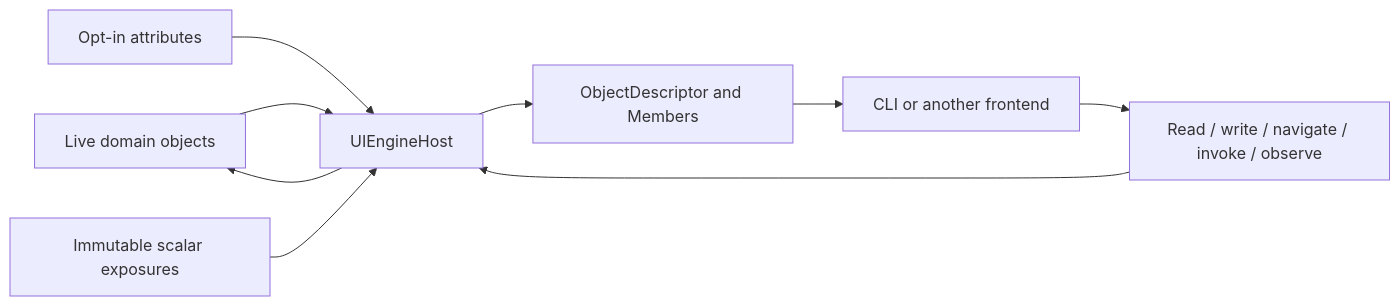
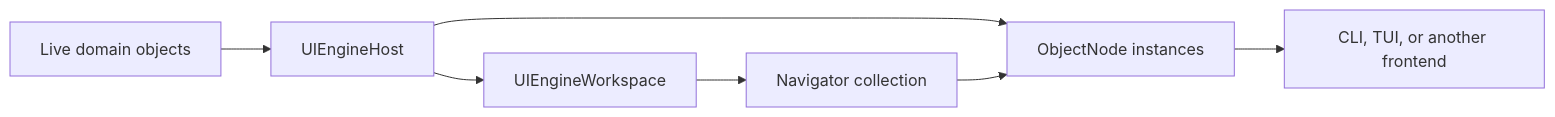
The diagram in docs/architecture.md (Quantumzhao/UIEngine), drawn with Mermaid before and after one commit. The commit also changed other lines of this file and 11 other files, not shown here.

````diff
--- a/docs/architecture.md
+++ b/docs/architecture.md
@@ -6,11 +6,9 @@
 ```mermaid
 flowchart LR
     Domain[Live domain objects] --> Host[UIEngineHost]
-    Attributes[Opt-in attributes] --> Host
-    Exposure[Immutable scalar exposures] --> Host
-    Host --> Descriptor[ObjectDescriptor and Members]
-    Descriptor --> Frontend[CLI or another frontend]
-    Frontend --> Operations[Read / write / navigate / invoke / observe]
-    Operations --> Host
-    Host --> Domain
+    Host --> Nodes[ObjectNode instances]
+    Host --> Workspace[UIEngineWorkspace]
+    Workspace --> Navigators[Navigator collection]
+    Navigators --> Nodes
+    Nodes --> Frontends[CLI, TUI, or another frontend]
 ```
````
